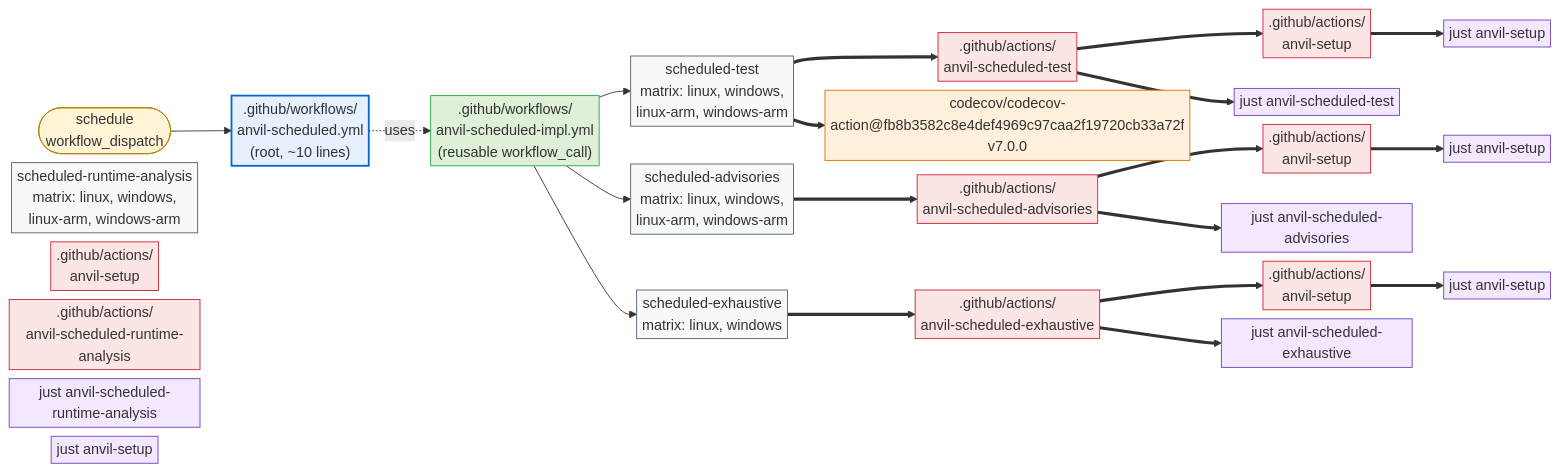
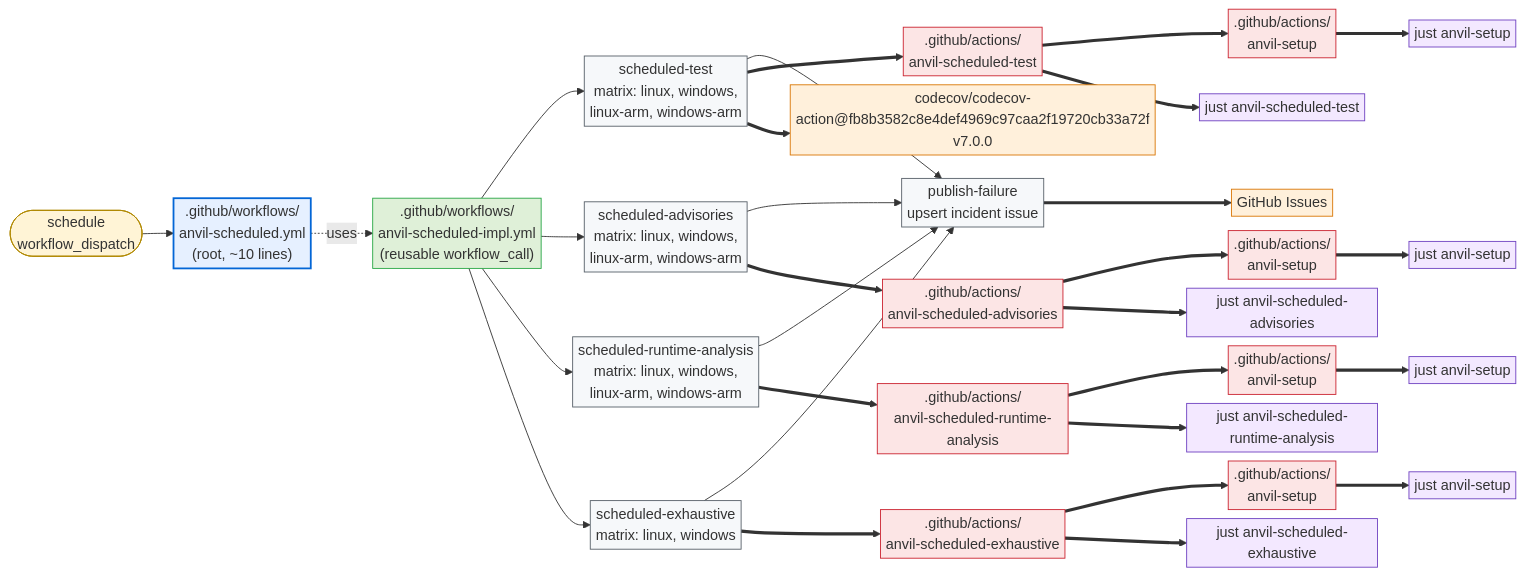
One commit to microsoft/ox-tools changed the second of 2 diagrams in crates/cargo-anvil/docs/design/github.md. Above: the diagram before and after it, drawn with Mermaid. The commit also changed other lines of this file and 9 other files, not shown here.

First line of the commit message:
feat(anvil): publish scheduled failures as issues

````diff
--- a/crates/cargo-anvil/docs/design/github.md
+++ b/crates/cargo-anvil/docs/design/github.md
@@ -121,58 +121,70 @@
 ```mermaid
 %%{init: {"flowchart": {"nodeSpacing": 10, "rankSpacing": 35, "padding": 3}, "themeVariables": {"fontSize": "16px"}}}%%
 flowchart LR
     sched_evt([schedule<br/>workflow_dispatch]):::trigger
     sched_root[".github/workflows/<br/>anvil-scheduled.yml<br/>(root, ~10 lines)"]:::root
     sched_impl[".github/workflows/<br/>anvil-scheduled-impl.yml<br/>(reusable workflow_call)"]:::impl
     stest_job["scheduled-test<br/>matrix: linux, windows,<br/>linux-arm, windows-arm"]:::job
     sadv_job["scheduled-advisories<br/>matrix: linux, windows,<br/>linux-arm, windows-arm"]:::job
     srun_job["scheduled-runtime-analysis<br/>matrix: linux, windows,<br/>linux-arm, windows-arm"]:::job
     sexh_job["scheduled-exhaustive<br/>matrix: linux, windows"]:::job
+    publish_job["publish-failure<br/>upsert incident issue"]:::job
     stest_setup[".github/actions/<br/>anvil-setup"]:::action
     sadv_setup[".github/actions/<br/>anvil-setup"]:::action
     srun_setup[".github/actions/<br/>anvil-setup"]:::action
     sexh_setup[".github/actions/<br/>anvil-setup"]:::action
     stest_act[".github/actions/<br/>anvil-scheduled-test"]:::action
     sadv_act[".github/actions/<br/>anvil-scheduled-advisories"]:::action
     srun_act[".github/actions/<br/>anvil-scheduled-runtime-analysis"]:::action
     sexh_act[".github/actions/<br/>anvil-scheduled-exhaustive"]:::action
     codecov_act["codecov/codecov-action@fb8b3582c8e4def4969c97caa2f19720cb33a72f<br/>v7.0.0"]:::external
+    github_issues["GitHub Issues"]:::external
     stest_just["just anvil-scheduled-test"]:::recipe
     stest_setup_just["just anvil-setup"]:::recipe
     sadv_just["just anvil-scheduled-advisories"]:::recipe
     sadv_setup_just["just anvil-setup"]:::recipe
     srun_just["just anvil-scheduled-runtime-analysis"]:::recipe
     srun_setup_just["just anvil-setup"]:::recipe
     sexh_just["just anvil-scheduled-exhaustive"]:::recipe
     sexh_setup_just["just anvil-setup"]:::recipe
 
     sched_evt --> sched_root
     sched_root -. uses .-> sched_impl
     sched_impl --> stest_job
     sched_impl --> sadv_job
+    sched_impl --> srun_job
     sched_impl --> sexh_job
+    stest_job --> publish_job
+    sadv_job --> publish_job
+    srun_job --> publish_job
+    sexh_job --> publish_job
 
     stest_job ==> stest_act
     stest_job ==> codecov_act
     sadv_job ==> sadv_act
+    srun_job ==> srun_act
     sexh_job ==> sexh_act
+    publish_job ==> github_issues
 
     stest_act ==> stest_setup
     stest_act ==> stest_just
     sadv_act ==> sadv_setup
     sadv_act ==> sadv_just
+    srun_act ==> srun_setup
+    srun_act ==> srun_just
     sexh_act ==> sexh_setup
     sexh_act ==> sexh_just
 
     stest_setup ==> stest_setup_just
     sadv_setup ==> sadv_setup_just
+    srun_setup ==> srun_setup_just
     sexh_setup ==> sexh_setup_just
 
     classDef trigger fill:#fff4d6,stroke:#b08800,stroke-width:1px;
     classDef root fill:#e6f0ff,stroke:#0366d6,stroke-width:2px;
     classDef impl fill:#dff0d8,stroke:#28a745,stroke-width:1px;
     classDef job fill:#f6f8fa,stroke:#586069,stroke-width:1px;
     classDef action fill:#fce5e5,stroke:#cb2431,stroke-width:1px;
     classDef external fill:#fff0db,stroke:#d97706,stroke-width:1px;
     classDef recipe fill:#f3e8ff,stroke:#6f42c1,stroke-width:1px;
 ```
````
